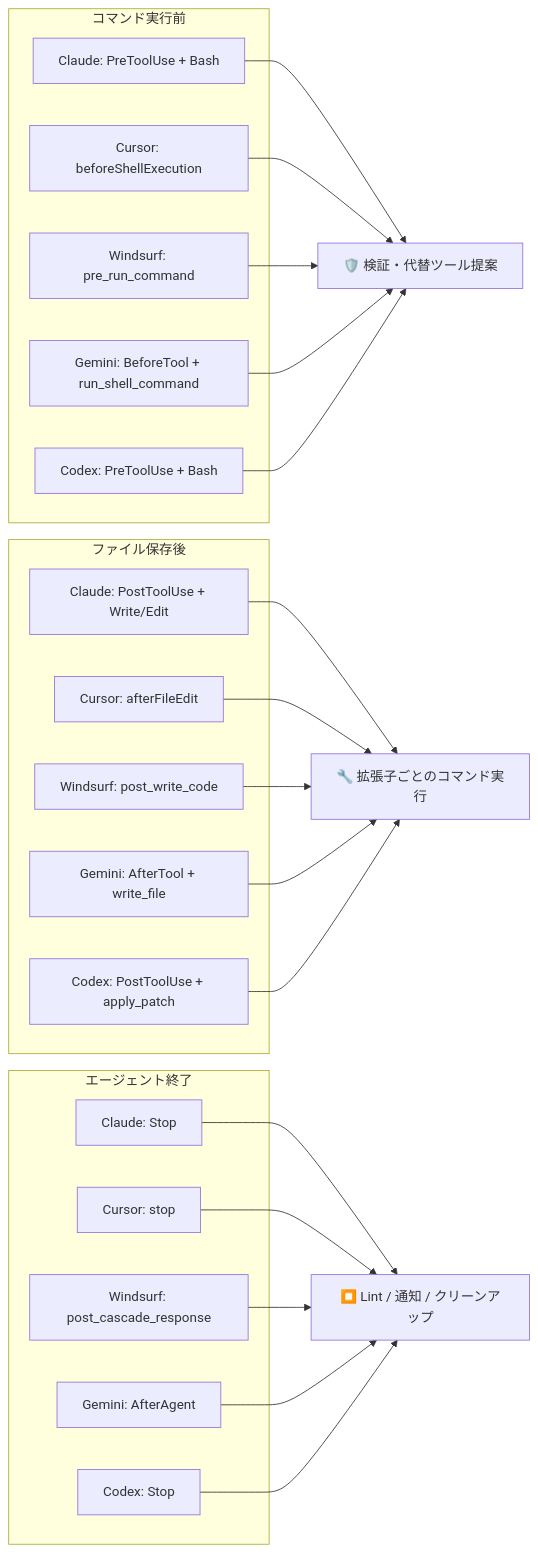
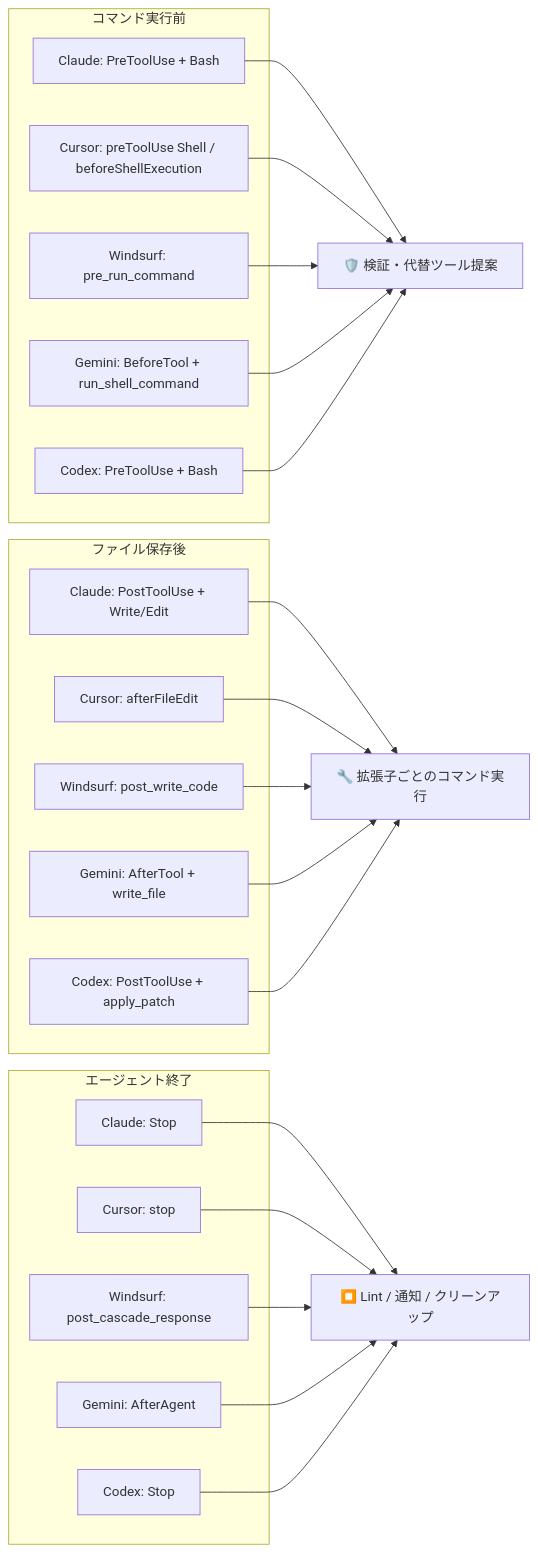
Before and after one commit to owayo/claw-hooks: the diagram in README.ja.md, drawn with Mermaid. The commit also changed other lines of this file and 5 other files, not shown here.

First line of the commit message:
fix(cursor): preToolUse Shell の危険コマンド検出に対応

````diff
--- a/README.ja.md
+++ b/README.ja.md
@@ -996,44 +1000,44 @@
 ```mermaid
 graph LR
     subgraph コマンド実行前
         CC1[Claude: PreToolUse + Bash]
-        CU1[Cursor: beforeShellExecution]
+        CU1[Cursor: preToolUse Shell / beforeShellExecution]
         WS1[Windsurf: pre_run_command]
         GE1[Gemini: BeforeTool + run_shell_command]
         CX1[Codex: PreToolUse + Bash]
     end
     CH1[🛡️ 検証・代替ツール提案]
     CC1 --> CH1
     CU1 --> CH1
     WS1 --> CH1
     GE1 --> CH1
     CX1 --> CH1
 
     subgraph ファイル保存後
         CC2[Claude: PostToolUse + Write/Edit]
         CU2[Cursor: afterFileEdit]
         WS2[Windsurf: post_write_code]
         GE2[Gemini: AfterTool + write_file]
         CX2[Codex: PostToolUse + apply_patch]
     end
     CH2[🔧 拡張子ごとのコマンド実行]
     CC2 --> CH2
     CU2 --> CH2
     WS2 --> CH2
     GE2 --> CH2
     CX2 --> CH2
 
     subgraph エージェント終了
         CC3[Claude: Stop]
         CU3[Cursor: stop]
         WS3[Windsurf: post_cascade_response]
         GE3[Gemini: AfterAgent]
         CX3[Codex: Stop]
     end
     CH3[⏹️ Lint / 通知 / クリーンアップ]
     CC3 --> CH3
     CU3 --> CH3
     WS3 --> CH3
     GE3 --> CH3
     CX3 --> CH3
 ```
````
